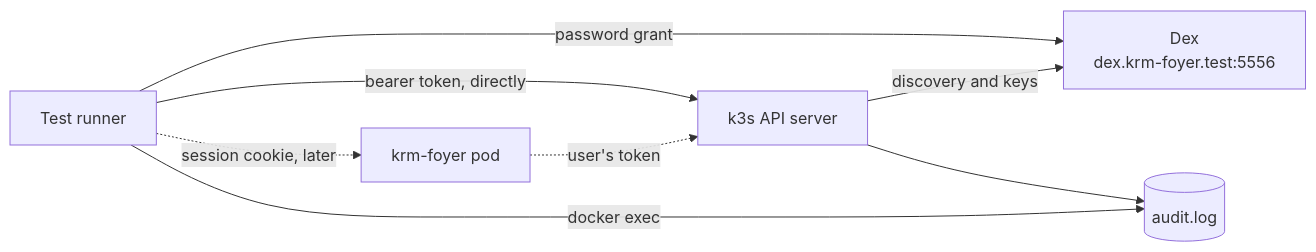
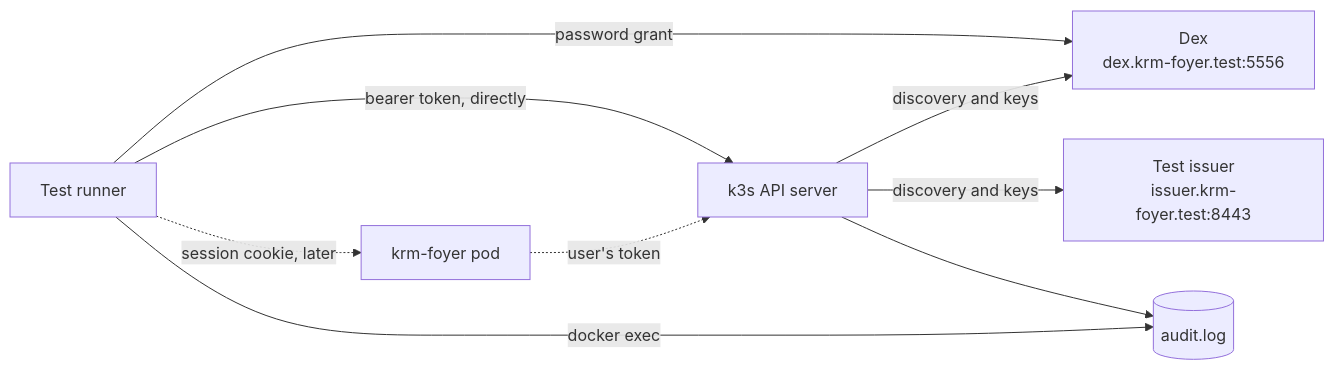
Before and after one commit to ConfigButler/krm-foyer: the diagram in docs/testing.md, drawn with Mermaid. The commit also changed other lines of this file and 7 other files, not shown here.

````diff
--- a/docs/testing.md
+++ b/docs/testing.md
@@ -86,10 +88,11 @@
 ```mermaid
 flowchart LR
     T[Test runner] -->|password grant| D[Dex<br/>dex.krm-foyer.test:5556]
     T -->|bearer token, directly| K[k3s API server]
     T -.->|session cookie, later| F[krm-foyer pod]
     F -.->|user's token| K
     K -->|discovery and keys| D
+    K -->|discovery and keys| I[Test issuer<br/>issuer.krm-foyer.test:8443]
     K --> A[(audit.log)]
     T -->|docker exec| A
 ```
````
